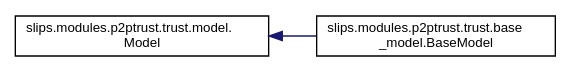
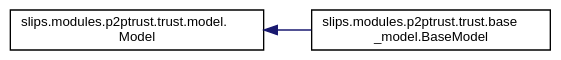
The diagram in docs/inherit_graph_7.dot (stratosphereips/StratosphereLinuxIPS), drawn with Graphviz before and after one commit. The commit also changed 345 other files, not shown here.

```diff
--- a/docs/inherit_graph_7.dot
+++ b/docs/inherit_graph_7.dot
@@ -1,10 +1,11 @@
 digraph "Graphical Class Hierarchy"
 {
  // LATEX_PDF_SIZE
+  bgcolor="transparent";
   edge [fontname="Helvetica",fontsize="10",labelfontname="Helvetica",labelfontsize="10"];
   node [fontname="Helvetica",fontsize="10",shape=record];
   rankdir="LR";
-  Node0 [label="slips.modules.p2ptrust.trust.model.\lModel",height=0.2,width=0.4,color="black", fillcolor="white", style="filled",URL="$d3/d71/classslips_1_1modules_1_1p2ptrust_1_1trust_1_1model_1_1Model.html",tooltip=" "];
+  Node0 [label="slips.modules.p2ptrust.trust.model.\lModel",height=0.2,width=0.4,color="black",URL="$df/d4b/classslips_1_1modules_1_1p2ptrust_1_1trust_1_1model_1_1_model.html",tooltip=" "];
   Node0 -> Node1 [dir="back",color="midnightblue",fontsize="10",style="solid",fontname="Helvetica"];
-  Node1 [label="slips.modules.p2ptrust.trust.base\l_model.BaseModel",height=0.2,width=0.4,color="black", fillcolor="white", style="filled",URL="$dc/d2e/classslips_1_1modules_1_1p2ptrust_1_1trust_1_1base__model_1_1BaseModel.html",tooltip=" "];
+  Node1 [label="slips.modules.p2ptrust.trust.base\l_model.BaseModel",height=0.2,width=0.4,color="black",URL="$df/d94/classslips_1_1modules_1_1p2ptrust_1_1trust_1_1base__model_1_1_base_model.html",tooltip=" "];
 }
```
